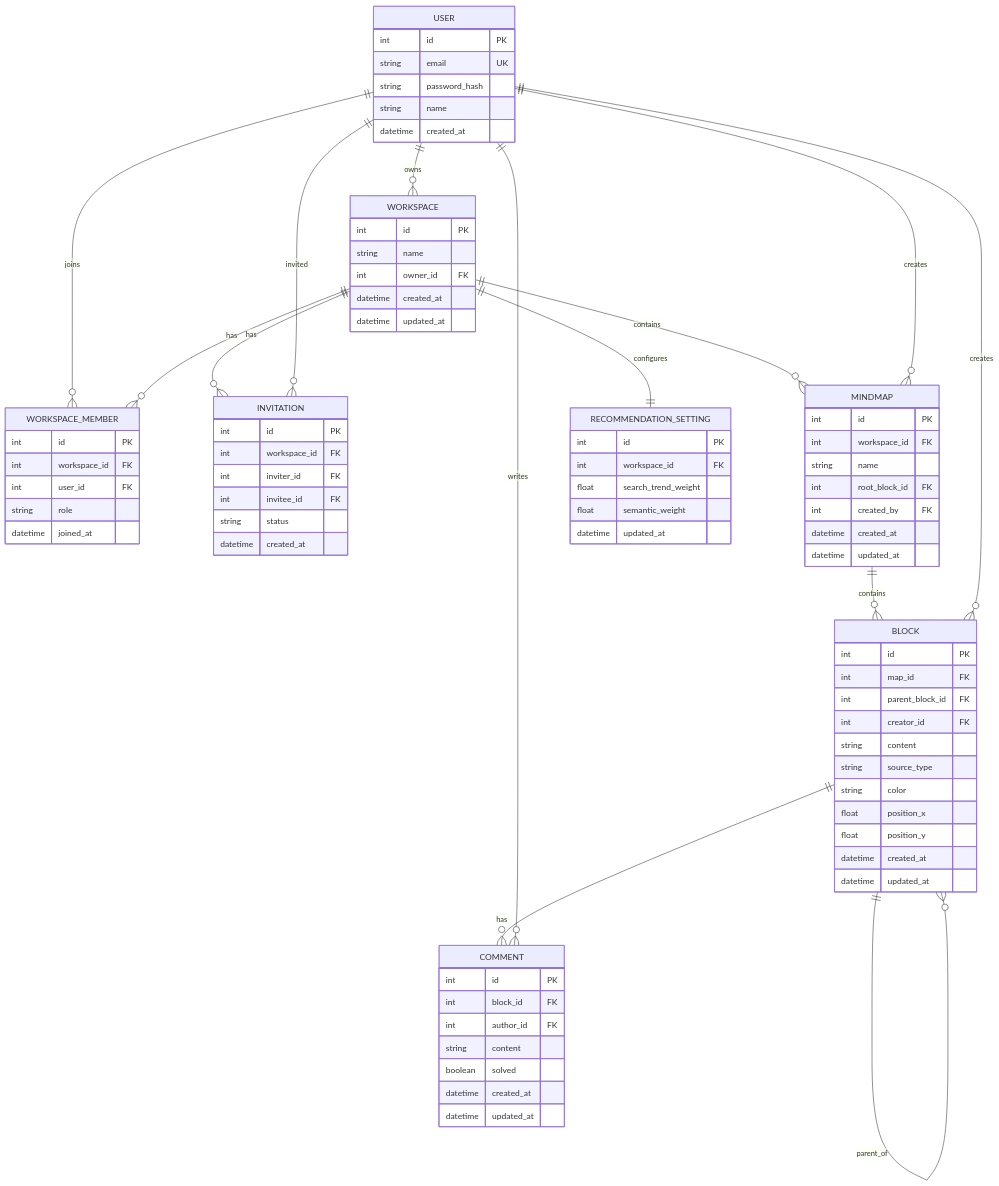
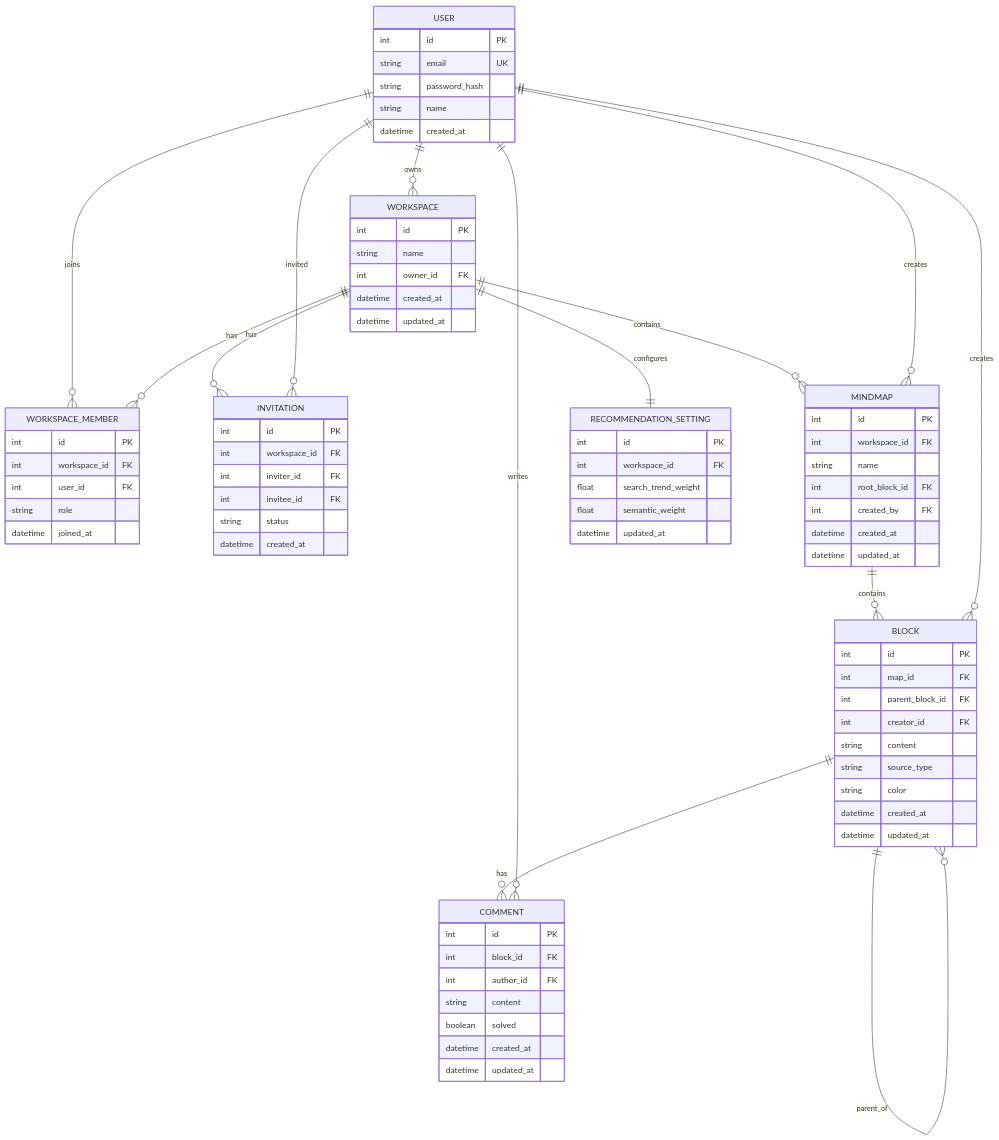
One commit to madcamp-official/26s-w1-c2-01 changed the diagram in README.md. Above: the diagram before and after it, drawn with Mermaid. The commit also changed other lines of this file and 14 other files, not shown here.

```diff
--- a/README.md
+++ b/README.md
@@ -125,8 +125,6 @@
         string content
         string source_type
         string color
-        float position_x
-        float position_y
         datetime created_at
         datetime updated_at
     }
```
